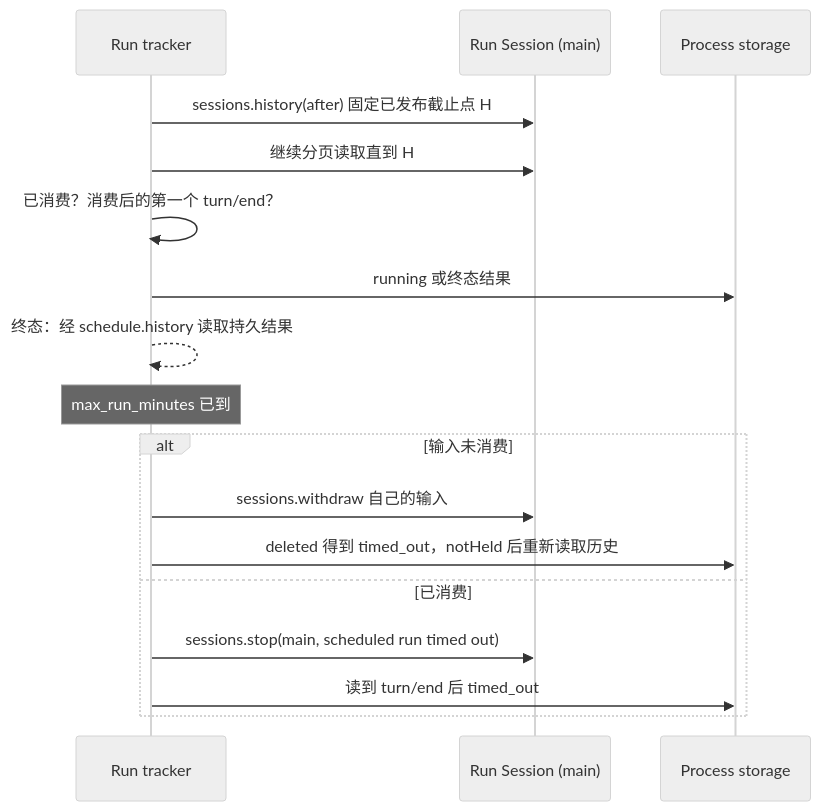
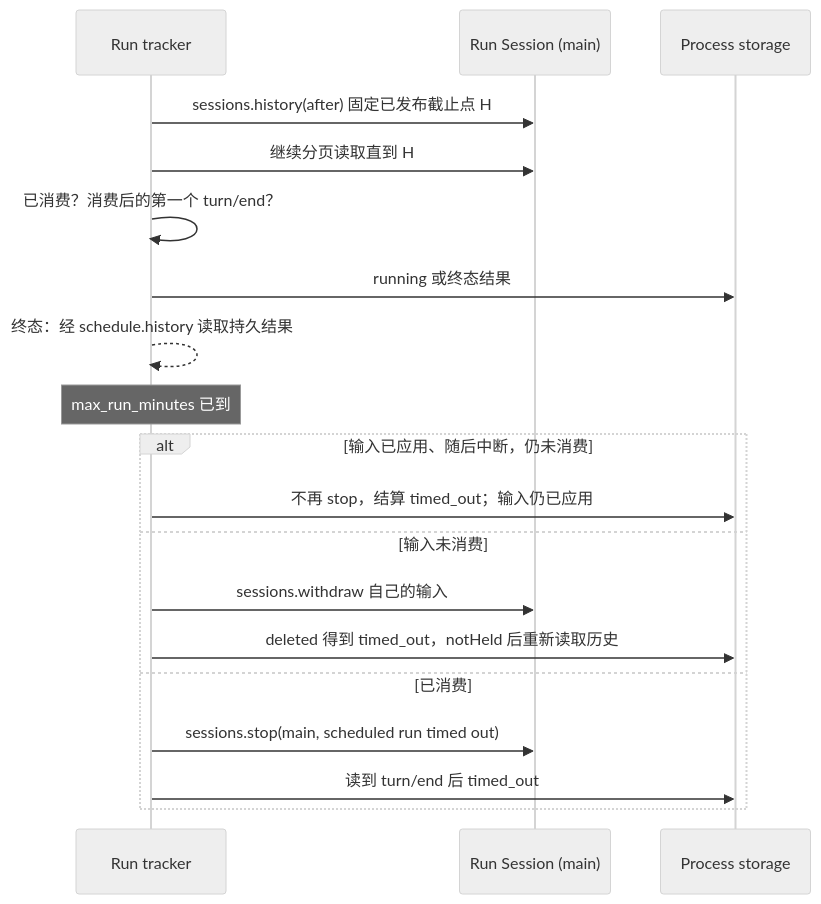
Before and after one commit to CoutinhoTTS/dim-agent: the fourth of 6 diagrams in docs/zh/design/plugins/Scheduler.md, drawn with Mermaid (neutral theme). The commit also changed other lines of this file and 3 other files, not shown here.

````diff
--- a/docs/zh/design/plugins/Scheduler.md
+++ b/docs/zh/design/plugins/Scheduler.md
@@ -129,19 +129,21 @@
 ```mermaid
 sequenceDiagram
   participant R as Run tracker
   participant S as Run Session (main)
   participant ST as Process storage
   R->>S: sessions.history(after) 固定已发布截止点 H
   R->>S: 继续分页读取直到 H
   R->>R: 已消费？消费后的第一个 turn/end？
   R->>ST: running 或终态结果
   R-->>R: 终态：经 schedule.history 读取持久结果
   Note over R: max_run_minutes 已到
-  alt 输入未消费
+  alt 输入已应用、随后中断，仍未消费
+    R->>ST: 不再 stop，结算 timed_out；输入仍已应用
+  else 输入未消费
     R->>S: sessions.withdraw 自己的输入
     R->>ST: deleted 得到 timed_out，notHeld 后重新读取历史
   else 已消费
     R->>S: sessions.stop(main, scheduled run timed out)
     R->>ST: 读到 turn/end 后 timed_out
   end
 ```
````
